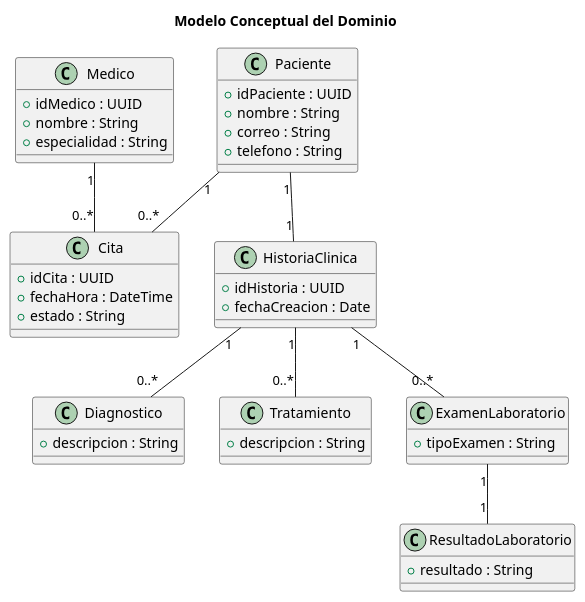
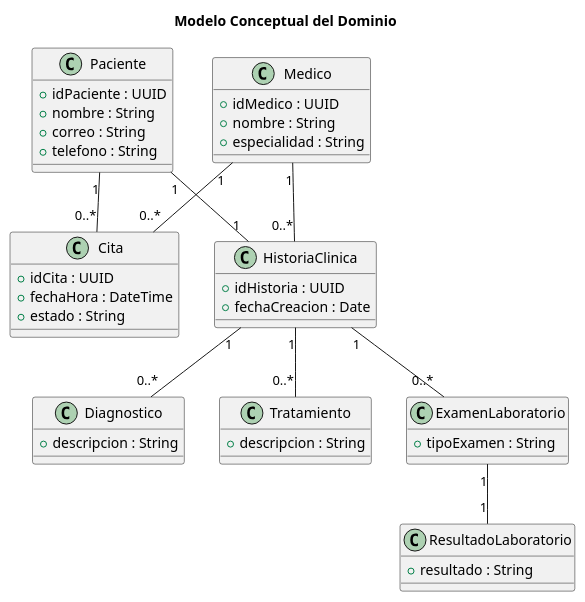
The diagram in diagrams/01-modelo-conceptual.puml (rjonatan84-dot/Arquitectura_Actividad2), drawn with PlantUML before and after one commit. The commit also changed 1 other file, not shown here.

Commit message:
Se agregan diagramas v4

```diff
--- a/diagrams/01-modelo-conceptual.puml
+++ b/diagrams/01-modelo-conceptual.puml
@@ -1,55 +1,54 @@
 @startuml
 title Modelo Conceptual del Dominio
 
 class Paciente {
     +idPaciente : UUID
     +nombre : String
     +correo : String
     +telefono : String
 }
 
 class Medico {
     +idMedico : UUID
     +nombre : String
     +especialidad : String
 }
 
 class Cita {
     +idCita : UUID
     +fechaHora : DateTime
     +estado : String
 }
 
 class HistoriaClinica {
     +idHistoria : UUID
     +fechaCreacion : Date
 }
 
 class Diagnostico {
     +descripcion : String
 }
 
 class Tratamiento {
     +descripcion : String
 }
 
 class ExamenLaboratorio {
     +tipoExamen : String
 }
 
 class ResultadoLaboratorio {
     +resultado : String
 }
 
 Paciente "1" -- "0..*" Cita
 Medico "1" -- "0..*" Cita
-
 Paciente "1" -- "1" HistoriaClinica
+Medico "1" -- "0..*" HistoriaClinica
 
 HistoriaClinica "1" -- "0..*" Diagnostico
 HistoriaClinica "1" -- "0..*" Tratamiento
 HistoriaClinica "1" -- "0..*" ExamenLaboratorio
-
 ExamenLaboratorio "1" -- "1" ResultadoLaboratorio
 
 @enduml
```
